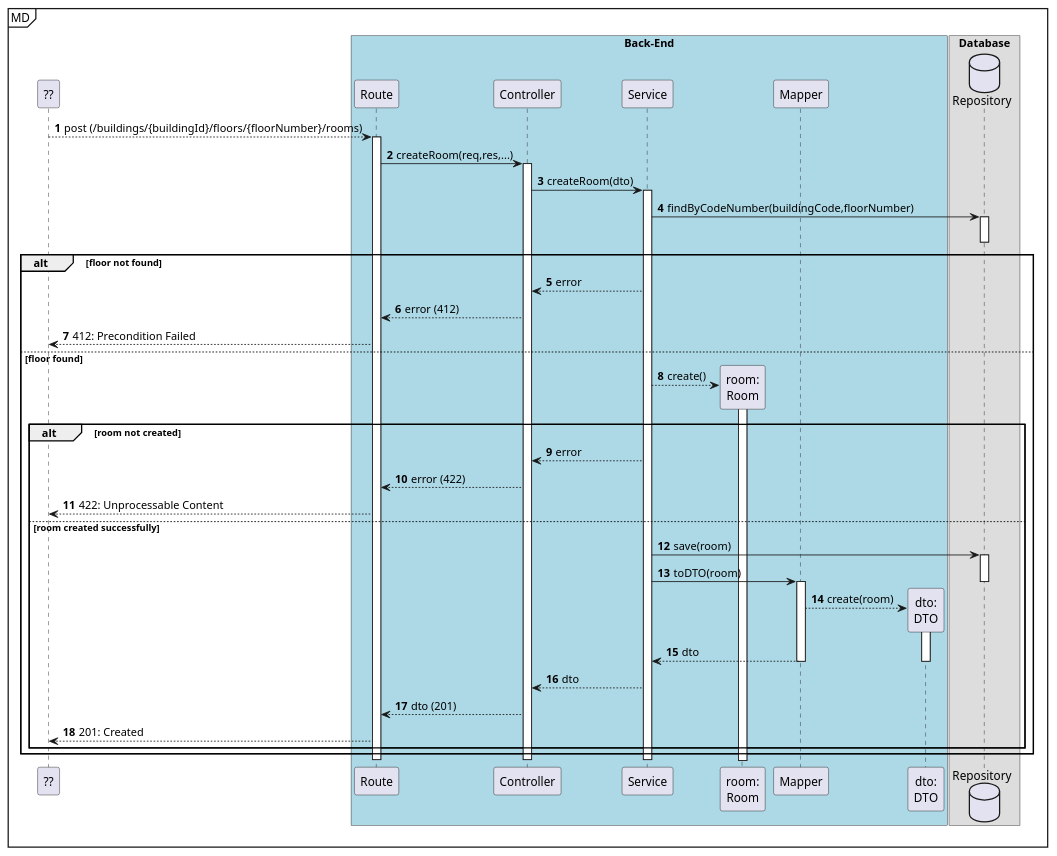
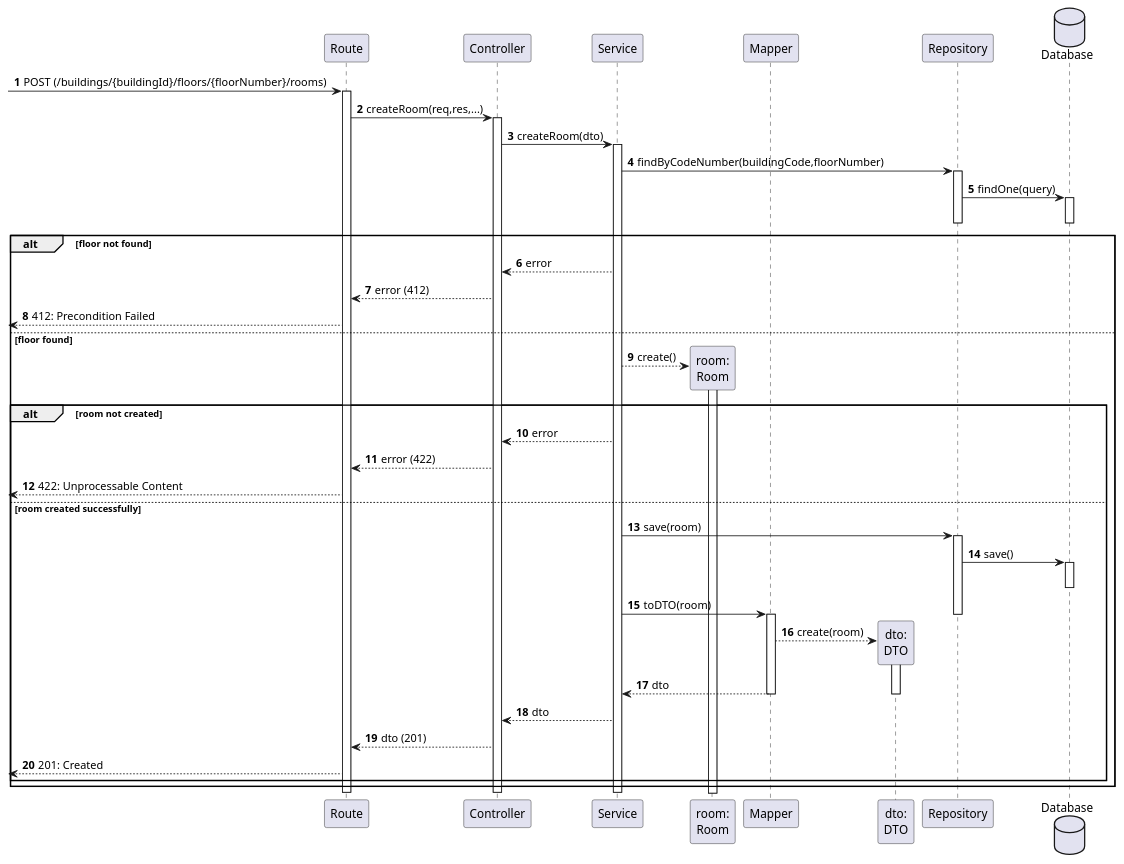
One commit to Departamento-de-Engenharia-Informatica/lapr5-23-24-g19 changed the diagram in docs/us310/level3/process-view.puml. Above: the diagram before and after it, drawn with PlantUML. The commit also changed 5 other files, not shown here.

```diff
--- a/docs/us310/level3/process-view.puml
+++ b/docs/us310/level3/process-view.puml
@@ -1,73 +1,74 @@
 @startuml
 autonumber
 
-participant "??" as ui
 
-mainframe MD
-box "Back-End" #LightBlue
 participant "Route" as r
 participant "Controller" as ctrl
 participant "Service" as svc
-
 participant "room:\nRoom" as room
 participant "Mapper" as map
 participant "dto:\nDTO" as dto
-end box
+participant "Repository" as repo
+database "Database" as db
 
-box "Database"
-database "Repository" as repo
-end box
 
-ui --> r: post (/buildings/{buildingId}/floors/{floorNumber}/rooms)
+[-> r: POST (/buildings/{buildingId}/floors/{floorNumber}/rooms)
     activate r
         r -> ctrl : createRoom(req,res,...)
         activate ctrl
             ctrl -> svc : createRoom(dto)
             activate svc
                 svc -> repo : findByCodeNumber(buildingCode,floorNumber)
                 activate repo
+                    repo-> db:findOne(query)
+                    activate db
+                    deactivate db
                 deactivate repo
 
 
 
 
                     alt floor not found
                         svc --> ctrl : error
                         ctrl --> r : error (412)
-                        r --> ui : 412: Precondition Failed
+                        [<-- r : 412: Precondition Failed
                     else floor found
                         svc --> room** : create()
 
                         activate room
                         deactivate room
 
                         alt room not created
                             svc --> ctrl : error
                             ctrl --> r : error (422)
-                            r --> ui : 422: Unprocessable Content
+                            [<-- r : 422: Unprocessable Content
 
                         else room created successfully
                             svc -> repo : save(room)
+                            activate repo
+                                repo -> db : save()
+                                activate db
+                                deactivate db
 
-                            activate repo
+
                                 svc -> map : toDTO(room)
                             deactivate repo
 
                             activate map
                                 map --> dto** : create(room)
                                 activate dto
                                     map --> svc : dto
                                 deactivate dto
                             deactivate map
 
                             svc --> ctrl : dto
                             ctrl --> r : dto (201)
-                            r --> ui : 201: Created
+                            [<-- r : 201: Created
 
                     end
                 end
             deactivate svc
         deactivate ctrl
     deactivate r
 
 @enduml
```
